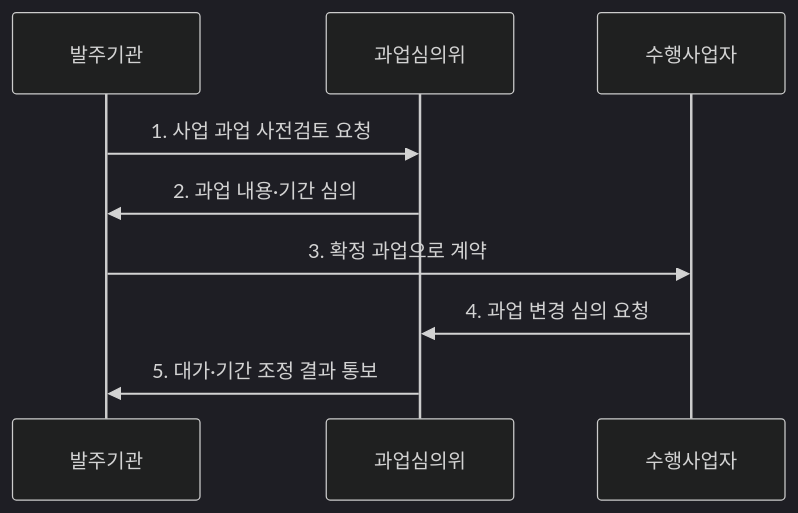
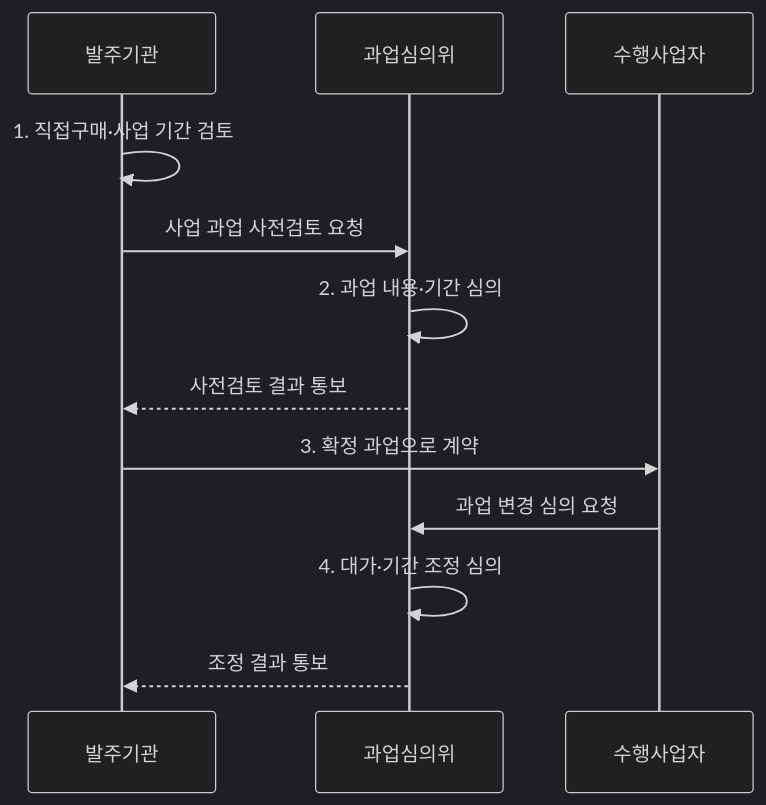
One commit to agnusdei1207/knowledge-base changed the second of 2 diagrams in src/content/docs/notes/07-law-policy/015_sw_promotion_act.md. Above: the diagram before and after it, drawn with Mermaid (dark theme). The commit also changed other lines of this file and 20 other files, not shown here.

````diff
--- a/src/content/docs/notes/07-law-policy/015_sw_promotion_act.md
+++ b/src/content/docs/notes/07-law-policy/015_sw_promotion_act.md
@@ -75,11 +74,14 @@
 ```mermaid
 sequenceDiagram
     participant O as 발주기관
     participant C as 과업심의위
     participant B as 수행사업자
-    O->>C: 1. 사업 과업 사전검토 요청
-    C->>O: 2. 과업 내용·기간 심의
+    O->>O: 1. 직접구매·사업 기간 검토
+    O->>C: 사업 과업 사전검토 요청
+    C->>C: 2. 과업 내용·기간 심의
+    C-->>O: 사전검토 결과 통보
     O->>B: 3. 확정 과업으로 계약
-    B->>C: 4. 과업 변경 심의 요청
-    C->>O: 5. 대가·기간 조정 결과 통보
+    B->>C: 과업 변경 심의 요청
+    C->>C: 4. 대가·기간 조정 심의
+    C-->>O: 조정 결과 통보
 ```
````
